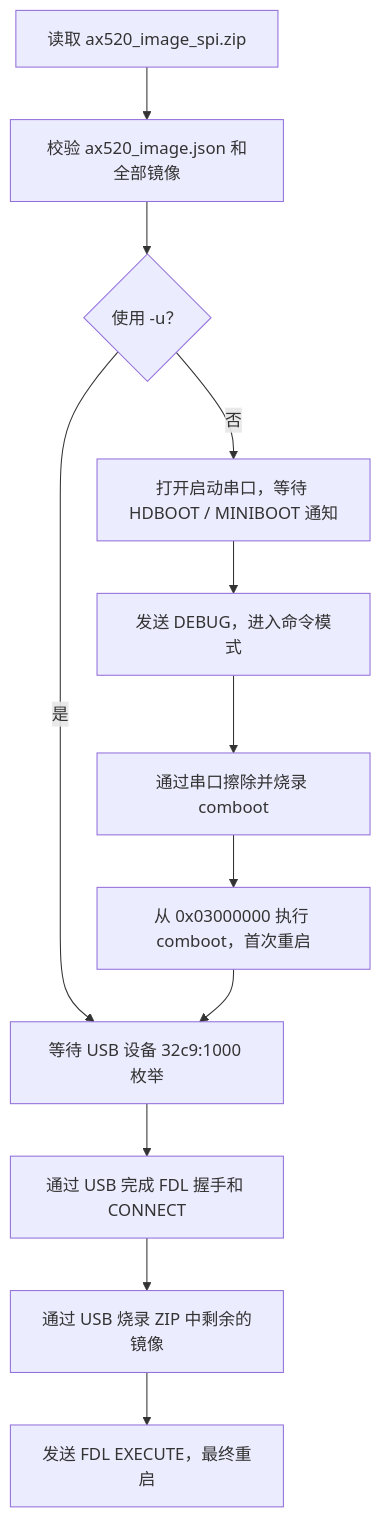
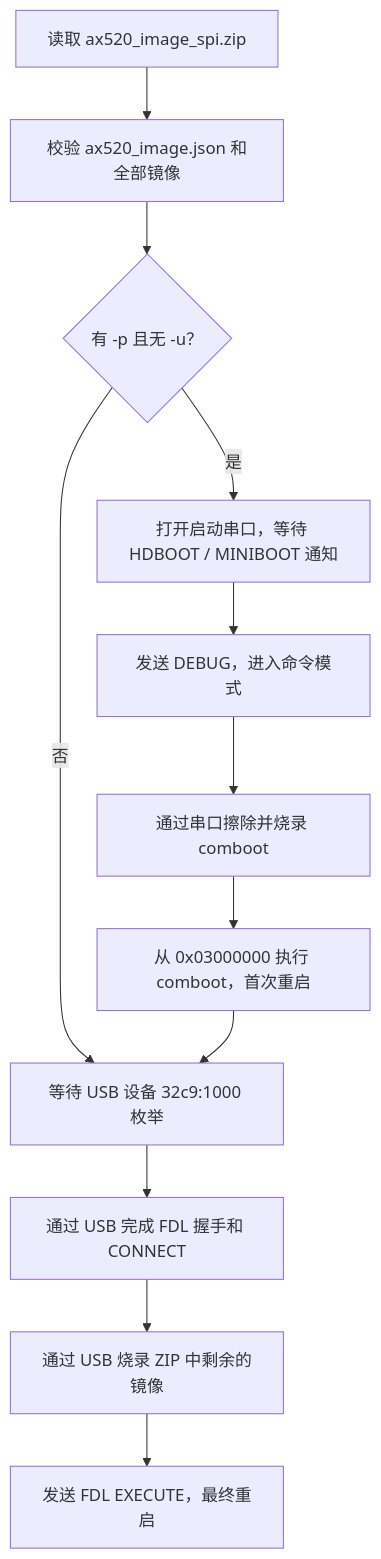
The first of 2 diagrams in README.md (dianjixz/ax520_usb_update), drawn with Mermaid before and after one commit. The commit also changed other lines of this file and 1 other file, not shown here.

Commit message:
Fall back to USB-only ZIP updates without serial port

````diff
--- a/README.md
+++ b/README.md
@@ -38,14 +45,14 @@
 ```mermaid
 flowchart TD
     A["读取 ax520_image_spi.zip"] --> B["校验 ax520_image.json 和全部镜像"]
-    B --> U{"使用 -u？"}
-    U -- 否 --> C["打开启动串口，等待 HDBOOT / MINIBOOT 通知"]
-    U -- 是 --> G["等待 USB 设备 32c9:1000 枚举"]
+    B --> U{"有 -p 且无 -u？"}
+    U -- 是 --> C["打开启动串口，等待 HDBOOT / MINIBOOT 通知"]
+    U -- 否 --> G["等待 USB 设备 32c9:1000 枚举"]
     C --> D["发送 DEBUG，进入命令模式"]
     D --> E["通过串口擦除并烧录 comboot"]
     E --> F["从 0x03000000 执行 comboot，首次重启"]
     F --> G["等待 USB 设备 32c9:1000 枚举"]
     G --> H["通过 USB 完成 FDL 握手和 CONNECT"]
     H --> I["通过 USB 烧录 ZIP 中剩余的镜像"]
     I --> J["发送 FDL EXECUTE，最终重启"]
 ```
````
